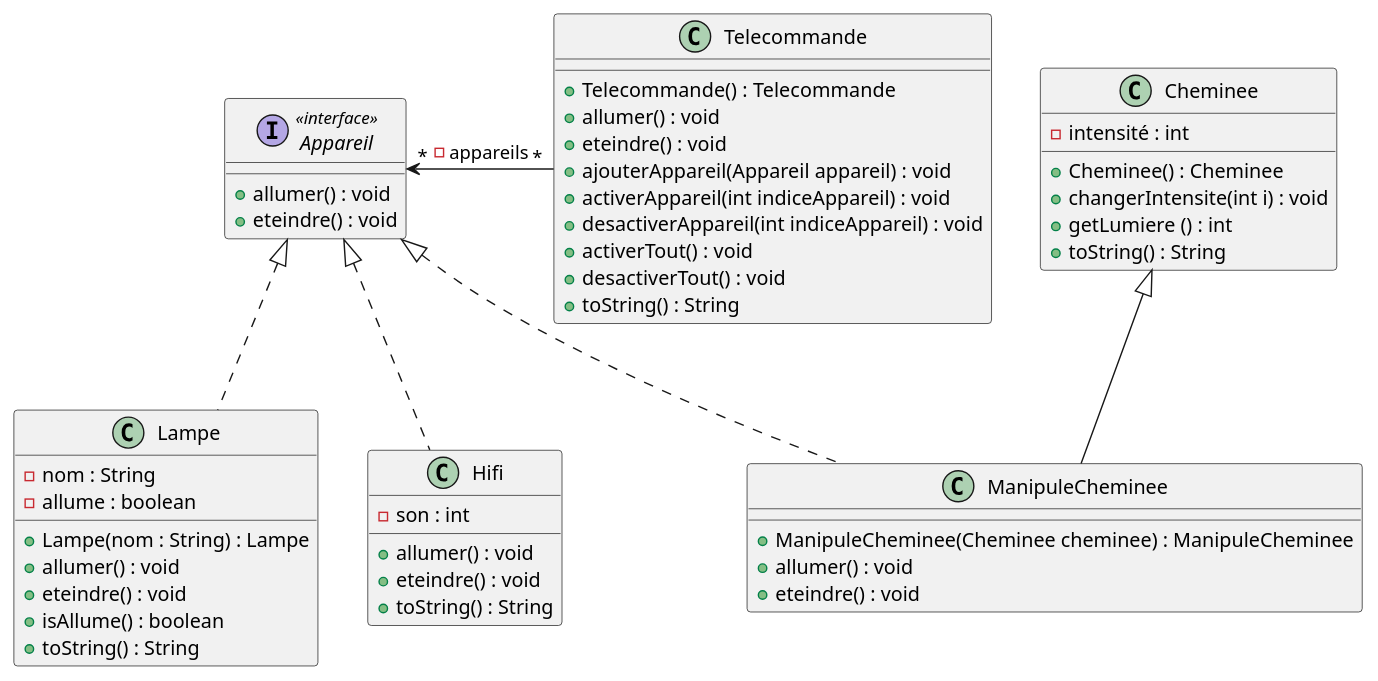
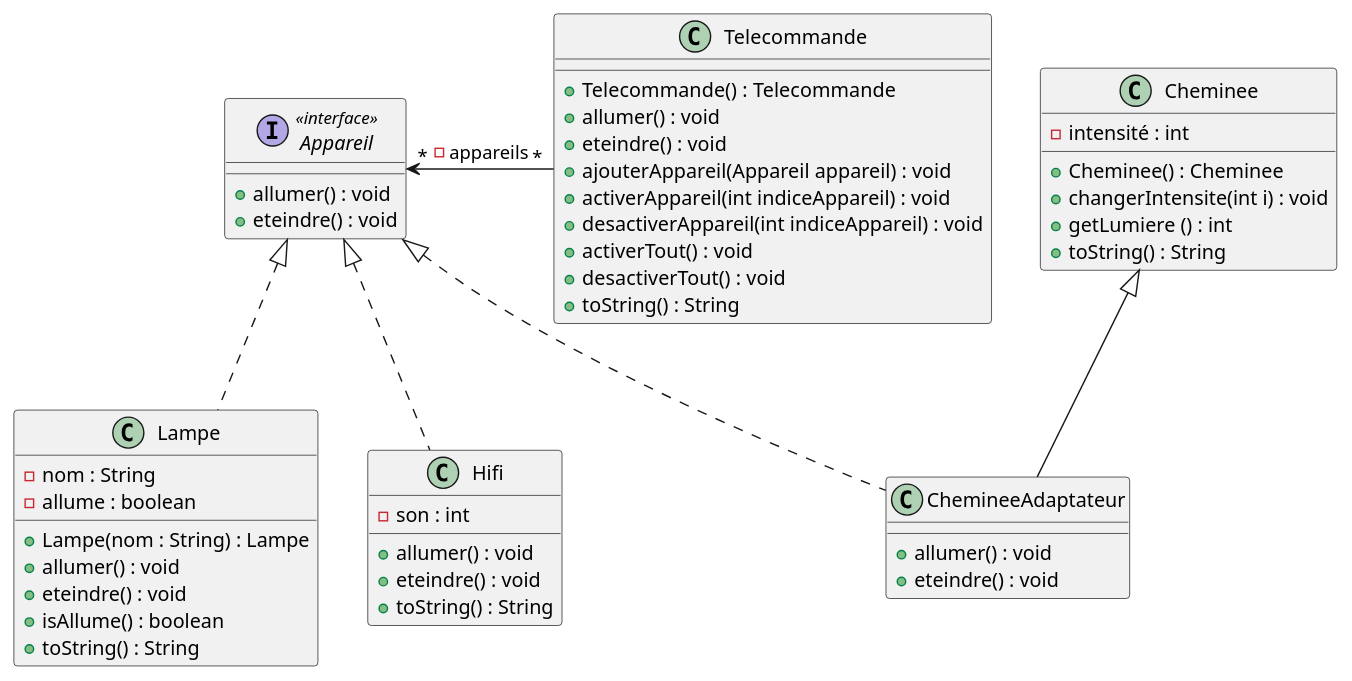
The diagram in schema.puml (Zhi-Sheng-Trieu/2022_coo_domotique_Noel_Trieu), drawn with PlantUML before and after one commit. The commit also changed 1 other file, not shown here.

Commit message:
Modification de ChemineeAdaptateur

```diff
--- a/schema.puml
+++ b/schema.puml
@@ -1,62 +1,61 @@
 @startuml
 
 interface Appareil <<interface>>{
     +allumer() : void
     +eteindre() : void
 }
 
 class Lampe{
     -nom : String
     -allume : boolean
     +Lampe(nom : String) : Lampe
     +allumer() : void
     +eteindre() : void
     +isAllume() : boolean
     +toString() : String
 }
 
 class Telecommande{
     +Telecommande() : Telecommande
     +allumer() : void
     +eteindre() : void
     +ajouterAppareil(Appareil appareil) : void
     +activerAppareil(int indiceAppareil) : void
     +desactiverAppareil(int indiceAppareil) : void
     +activerTout() : void
     +desactiverTout() : void
     +toString() : String
 }
 
 class Hifi{
     -son : int
     +allumer() : void
     +eteindre() : void
     +toString() : String
 }
 
 class Cheminee{
     -intensité : int
     +Cheminee() : Cheminee
     +changerIntensite(int i) : void
     +getLumiere () : int
     +toString() : String
 }
 
-class ManipuleCheminee{
-    +ManipuleCheminee(Cheminee cheminee) : ManipuleCheminee
+class ChemineeAdaptateur{
     +allumer() : void
     +eteindre() : void
 }
 
 
 
 
 Appareil <|.. Lampe
 Appareil <|.. Hifi
-Appareil <|.. ManipuleCheminee
-Cheminee <|-- ManipuleCheminee
+Appareil <|.. ChemineeAdaptateur
+Cheminee <|-- ChemineeAdaptateur
 
 
 Appareil "*" <- "*" Telecommande : - appareils
 
 @enduml
```
